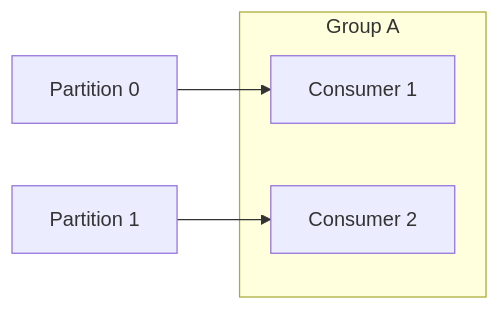
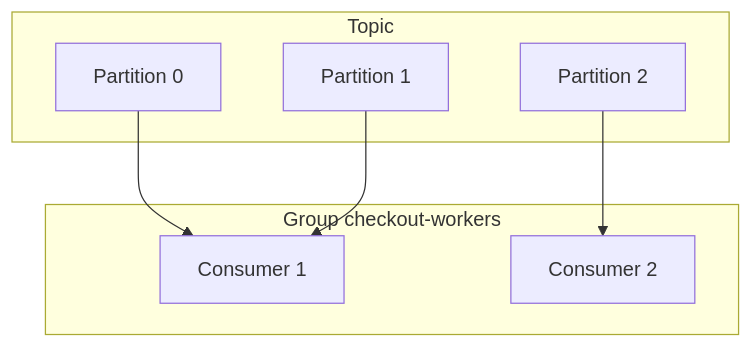
The ninth of 29 diagrams in 06-messaging-and-events/README.md (hareramcse/SystemDesign), drawn with Mermaid before and after one commit. The commit also changed other lines of this file and 5 other files, not shown here.

````diff
--- a/06-messaging-and-events/README.md
+++ b/06-messaging-and-events/README.md
@@ -466,9 +605,15 @@
 ```mermaid
-flowchart LR
-    subgraph Group A
+flowchart TB
+    subgraph Topic
+        P0[Partition 0]
+        P1[Partition 1]
+        P2[Partition 2]
+    end
+    subgraph Group checkout-workers
         C1[Consumer 1]
         C2[Consumer 2]
     end
-    P0[Partition 0] --> C1
-    P1[Partition 1] --> C2
+    P0 --> C1
+    P1 --> C1
+    P2 --> C2
 ```
````
